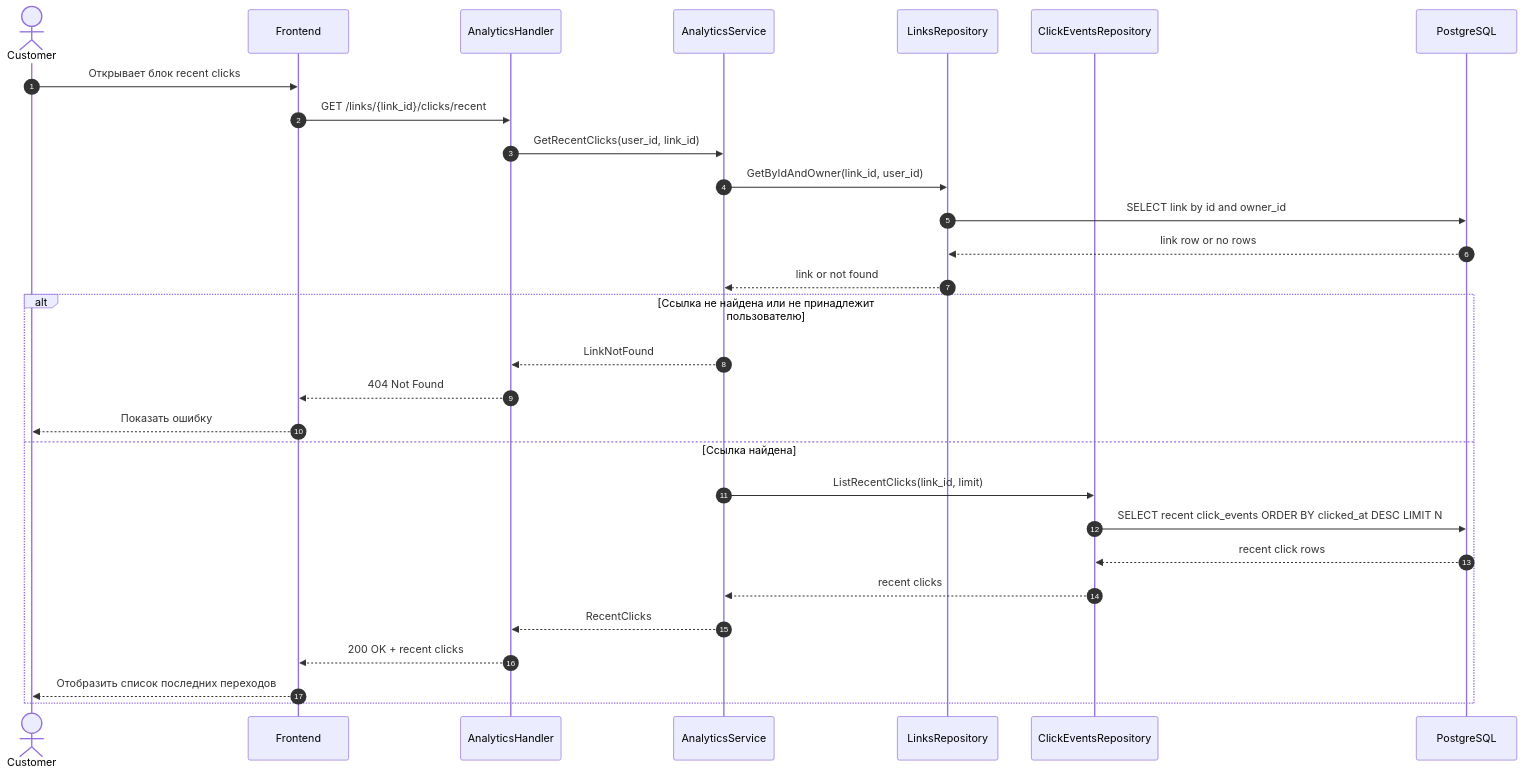
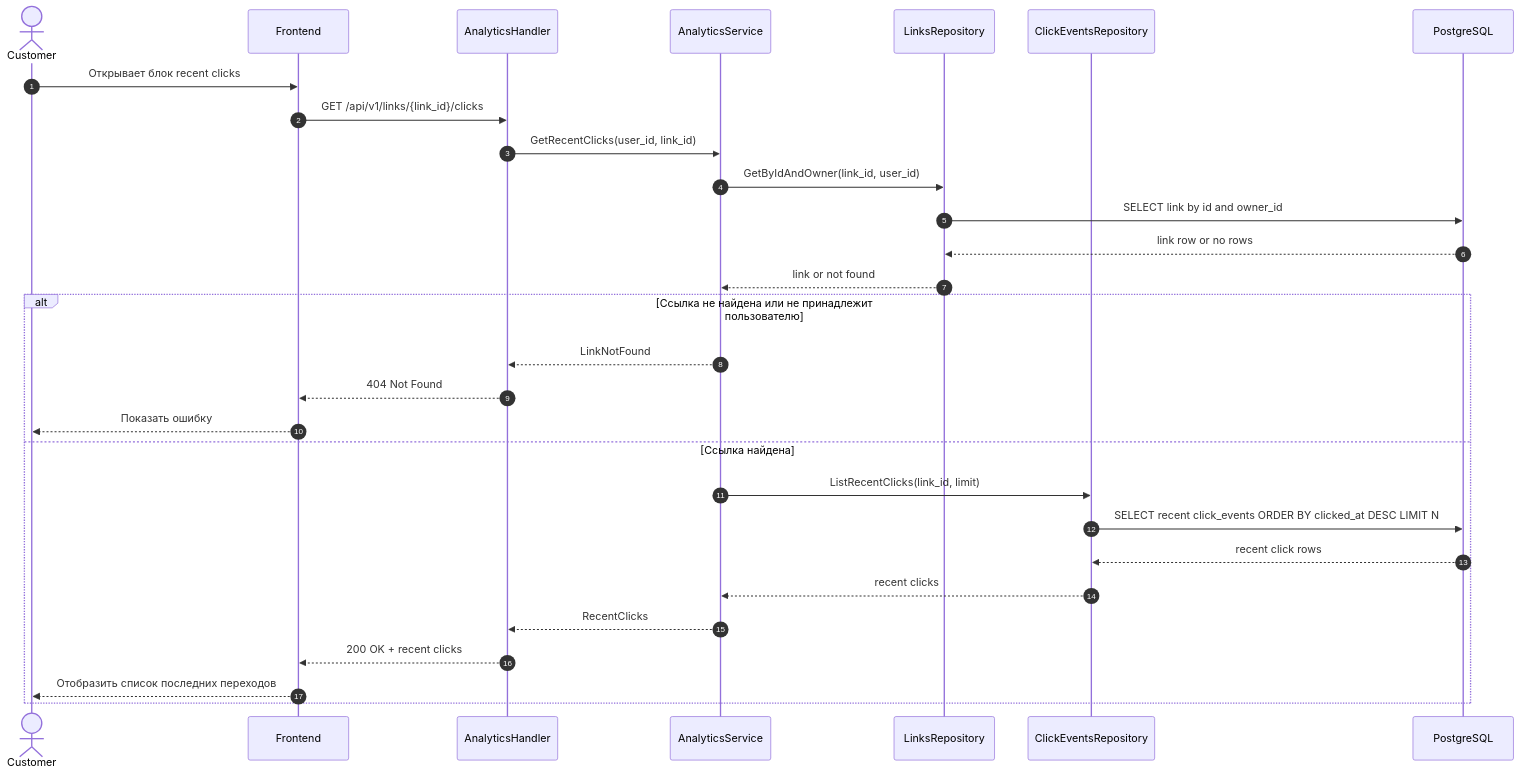
Before and after one commit to k3llone/TrackLink: the diagram in docs/Sequence/SD-17.md, drawn with Mermaid. The commit also changed 33 other files, not shown here.

````diff
--- a/docs/Sequence/SD-17.md
+++ b/docs/Sequence/SD-17.md
@@ -3,37 +3,37 @@
 ```mermaid
 sequenceDiagram
     autonumber
 
     actor Customer
     participant FE as Frontend
     participant AH as AnalyticsHandler
     participant AS as AnalyticsService
     participant LR as LinksRepository
     participant CR as ClickEventsRepository
     participant DB as PostgreSQL
 
     Customer->>FE: Открывает блок recent clicks
-    FE->>AH: GET /links/{link_id}/clicks/recent
+    FE->>AH: GET /api/v1/links/{link_id}/clicks
 
     AH->>AS: GetRecentClicks(user_id, link_id)
 
     AS->>LR: GetByIdAndOwner(link_id, user_id)
     LR->>DB: SELECT link by id and owner_id
     DB-->>LR: link row or no rows
     LR-->>AS: link or not found
 
     alt Ссылка не найдена или не принадлежит пользователю
         AS-->>AH: LinkNotFound
         AH-->>FE: 404 Not Found
         FE-->>Customer: Показать ошибку
     else Ссылка найдена
         AS->>CR: ListRecentClicks(link_id, limit)
         CR->>DB: SELECT recent click_events ORDER BY clicked_at DESC LIMIT N
         DB-->>CR: recent click rows
         CR-->>AS: recent clicks
 
         AS-->>AH: RecentClicks
         AH-->>FE: 200 OK + recent clicks
         FE-->>Customer: Отобразить список последних переходов
     end
 ```
````
